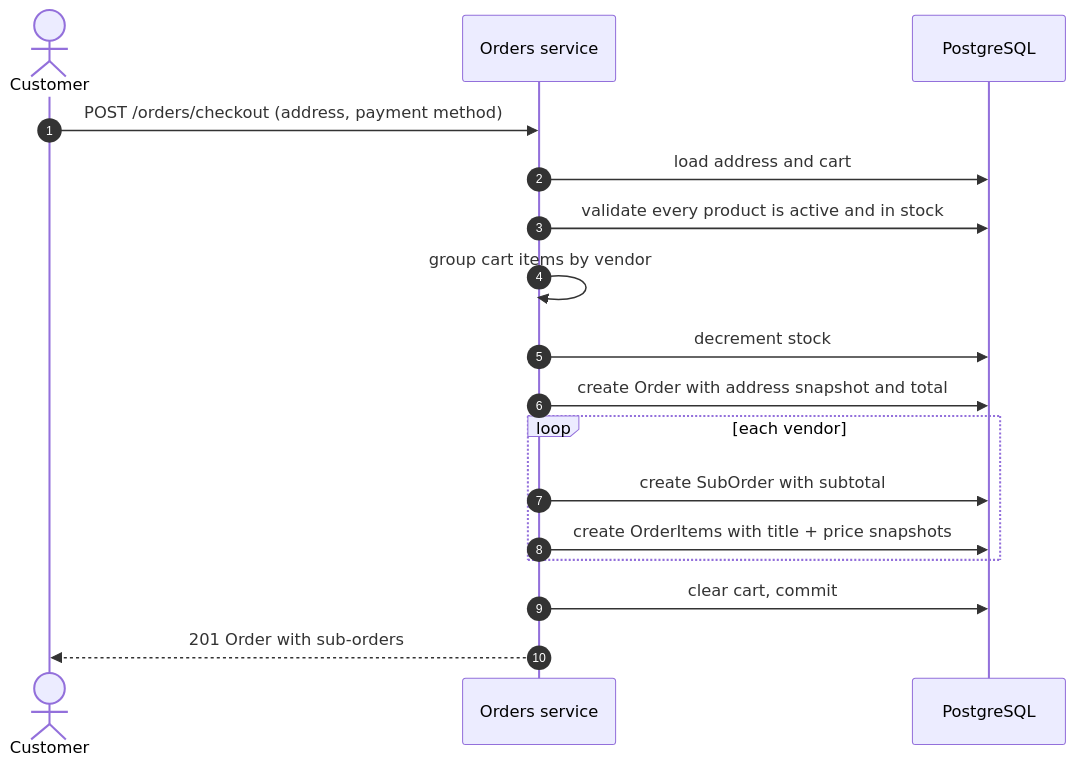
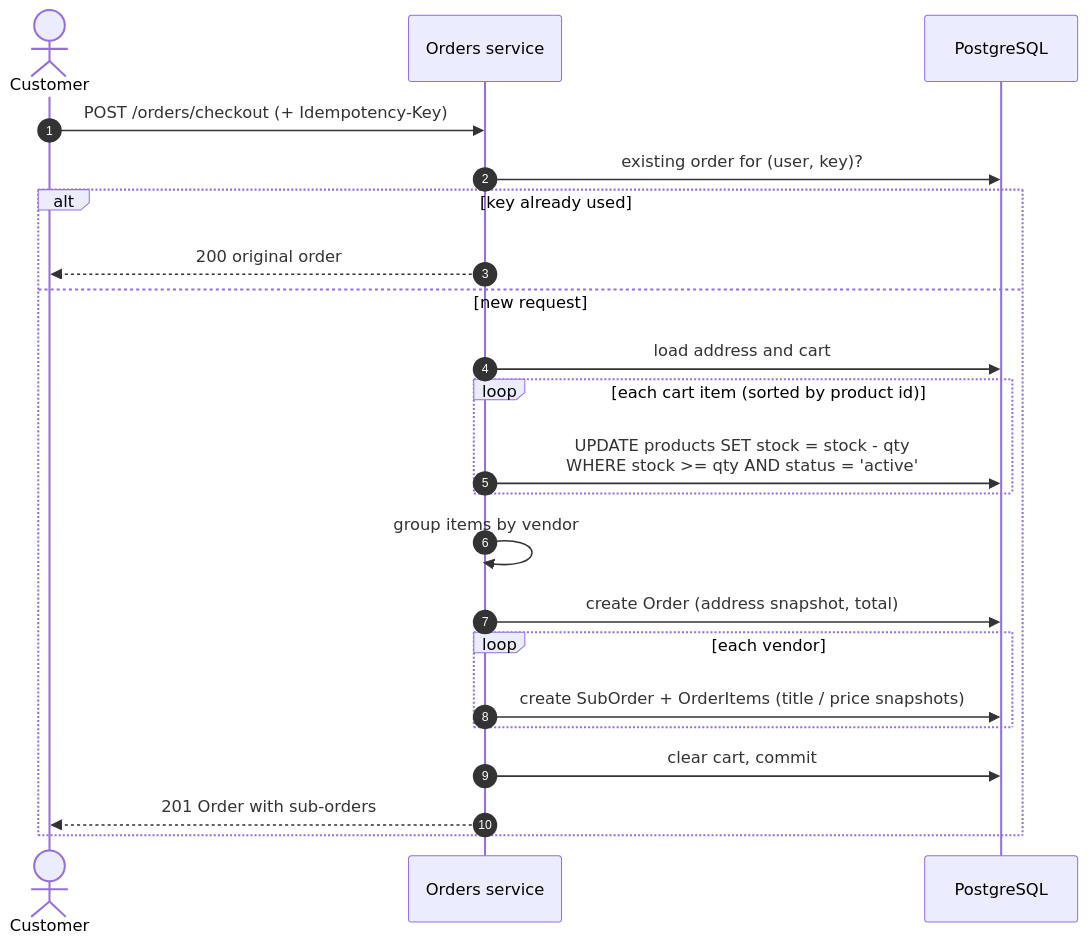
Before and after one commit to SuprabhSharma/Tavilo-eCommerce: the third of 6 diagrams in README.md, drawn with Mermaid. The commit also changed other lines of this file, not shown here.

````diff
--- a/README.md
+++ b/README.md
@@ -183,20 +195,25 @@
 ```mermaid
 sequenceDiagram
     autonumber
     actor C as Customer
     participant O as Orders service
     participant D as PostgreSQL
 
-    C->>O: POST /orders/checkout (address, payment method)
-    O->>D: load address and cart
-    O->>D: validate every product is active and in stock
-    O->>O: group cart items by vendor
-    O->>D: decrement stock
-    O->>D: create Order with address snapshot and total
-    loop each vendor
-        O->>D: create SubOrder with subtotal
-        O->>D: create OrderItems with title + price snapshots
+    C->>O: POST /orders/checkout (+ Idempotency-Key)
+    O->>D: existing order for (user, key)?
+    alt key already used
+        O-->>C: 200 original order
+    else new request
+        O->>D: load address and cart
+        loop each cart item (sorted by product id)
+            O->>D: UPDATE products SET stock = stock - qty<br/>WHERE stock >= qty AND status = 'active'
+        end
+        O->>O: group items by vendor
+        O->>D: create Order (address snapshot, total)
+        loop each vendor
+            O->>D: create SubOrder + OrderItems (title / price snapshots)
+        end
+        O->>D: clear cart, commit
+        O-->>C: 201 Order with sub-orders
     end
-    O->>D: clear cart, commit
-    O-->>C: 201 Order with sub-orders
 ```
````
